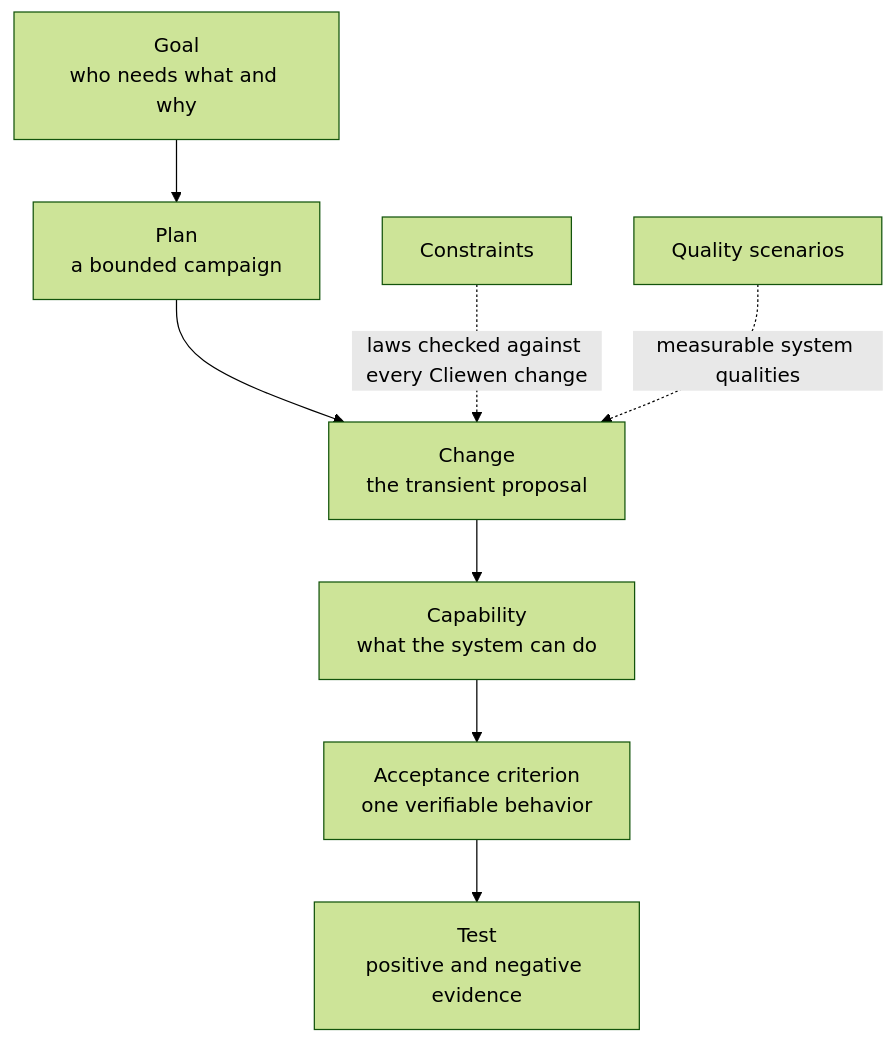
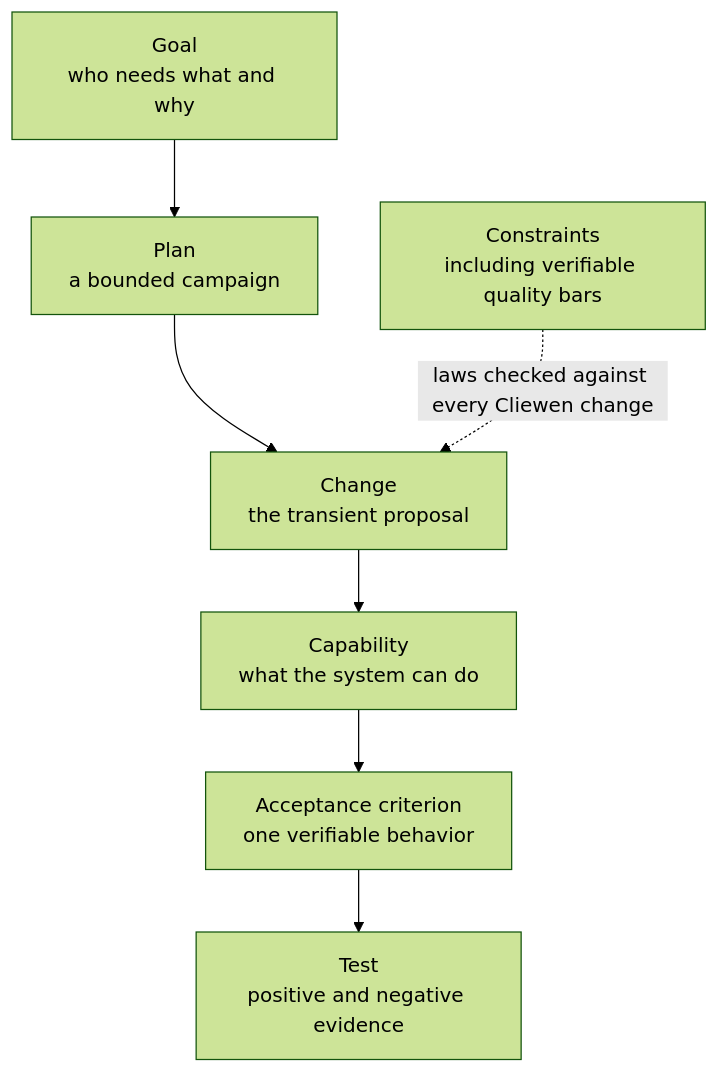
One commit to cliewen/cliewen changed the diagram in guide/methodology.md. Above: the diagram before and after it, drawn with Mermaid (forest theme). The commit also changed other lines of this file and 42 other files, not shown here.

First line of the commit message:
feat: fold quality scenarios into the constraints register

````diff
--- a/guide/methodology.md
+++ b/guide/methodology.md
@@ -5,10 +5,9 @@
 ```mermaid
 flowchart TD
     G[Goal<br/>who needs what and why] --> P[Plan<br/>a bounded campaign]
     P --> CH[Change<br/>the transient proposal]
     CH --> CAP[Capability<br/>what the system can do]
     CAP --> AC[Acceptance criterion<br/>one verifiable behavior]
     AC --> T[Test<br/>positive and negative evidence]
-    C[Constraints] -. laws checked against every Cliewen change .-> CH
-    QS[Quality scenarios] -. measurable system qualities .-> CH
+    C[Constraints<br/>including verifiable quality bars] -. laws checked against every Cliewen change .-> CH
 ```
````
